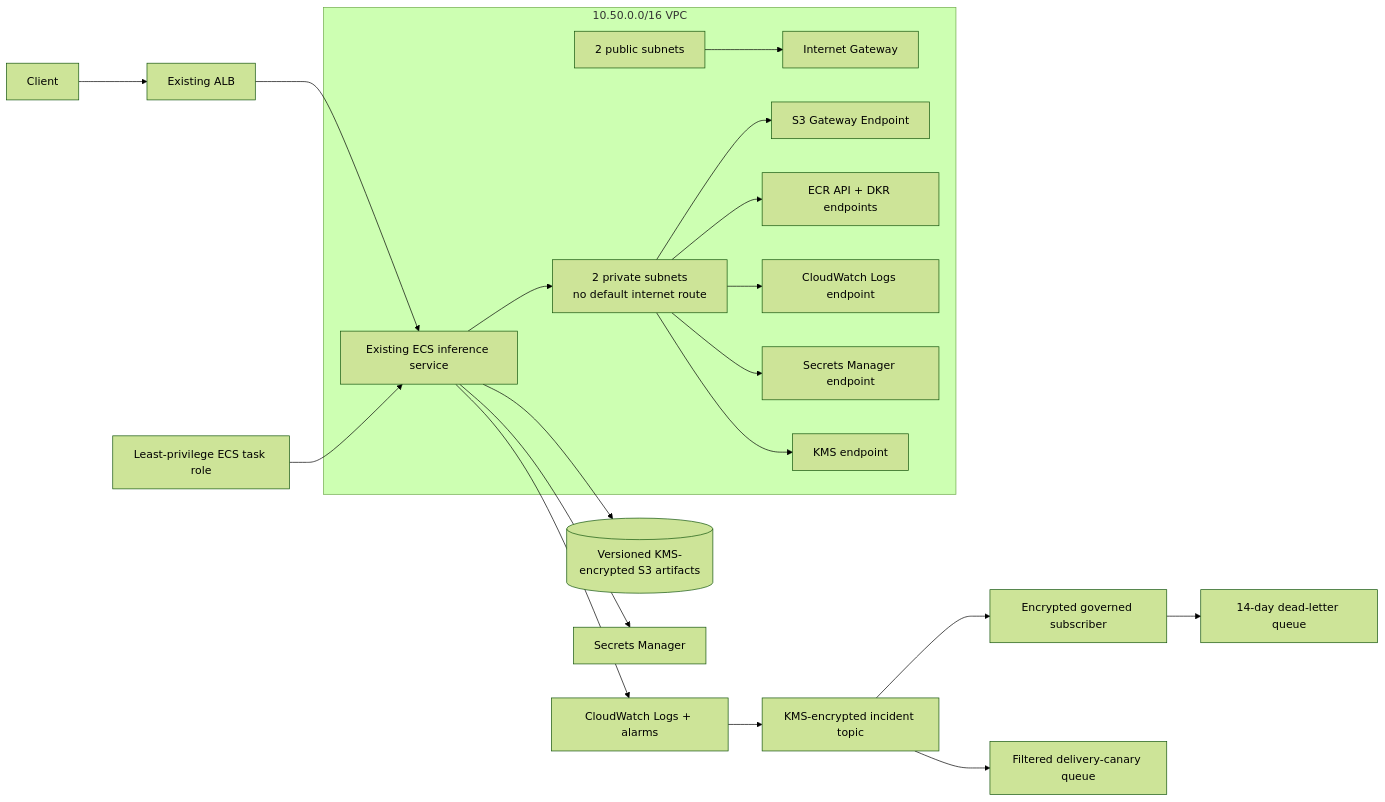
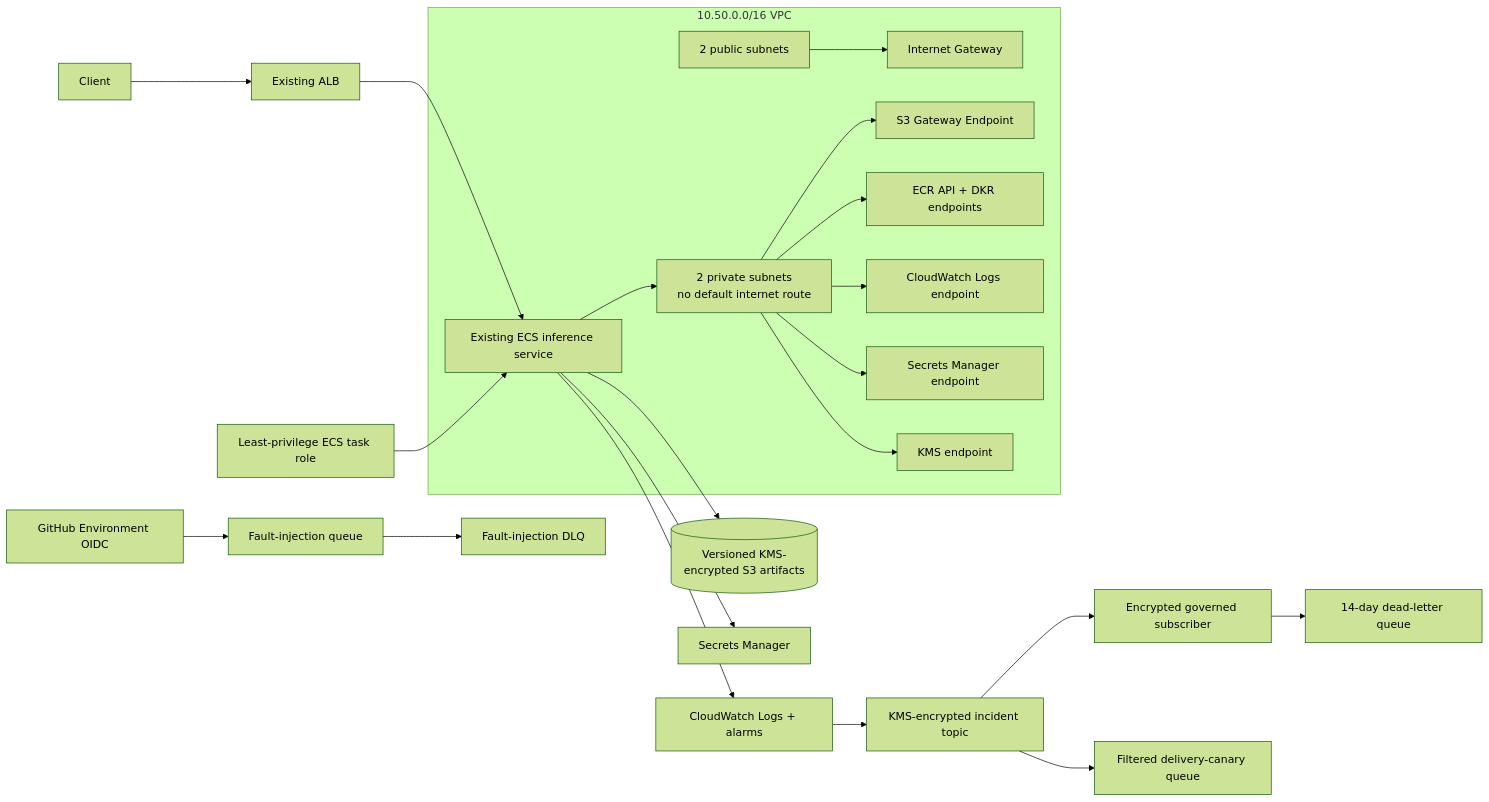
One commit to cagataykavas/aws-ml-platform changed the diagram in README.md. Above: the diagram before and after it, drawn with Mermaid (forest theme). The commit also changed other lines of this file and 3 other files, not shown here.

````diff
--- a/README.md
+++ b/README.md
@@ -9,26 +9,28 @@
 ```mermaid
 flowchart LR
     CLIENT[Client] --> ALB[Existing ALB]
     ALB --> ECS[Existing ECS inference service]
 
     subgraph VPC[10.50.0.0/16 VPC]
         PUB[2 public subnets]
         PRIV[2 private subnets\nno default internet route]
         ECS --> PRIV
         PUB --> IGW[Internet Gateway]
         PRIV --> S3EP[S3 Gateway Endpoint]
         PRIV --> ECR[ECR API + DKR endpoints]
         PRIV --> LOGS[CloudWatch Logs endpoint]
         PRIV --> SECRETS[Secrets Manager endpoint]
         PRIV --> KMS[KMS endpoint]
     end
 
     ECS --> S3[(Versioned KMS-encrypted S3 artifacts)]
     ECS --> SM[Secrets Manager]
     ECS --> CW[CloudWatch Logs + alarms]
     CW --> SNS[KMS-encrypted incident topic]
     SNS --> SQS[Encrypted governed subscriber]
     SQS --> DLQ[14-day dead-letter queue]
     SNS --> CANARY[Filtered delivery-canary queue]
+    OIDC[GitHub Environment OIDC] --> REDRIVE[Fault-injection queue]
+    REDRIVE --> REDRIVEDLQ[Fault-injection DLQ]
     IAM[Least-privilege ECS task role] --> ECS
 ```
````
